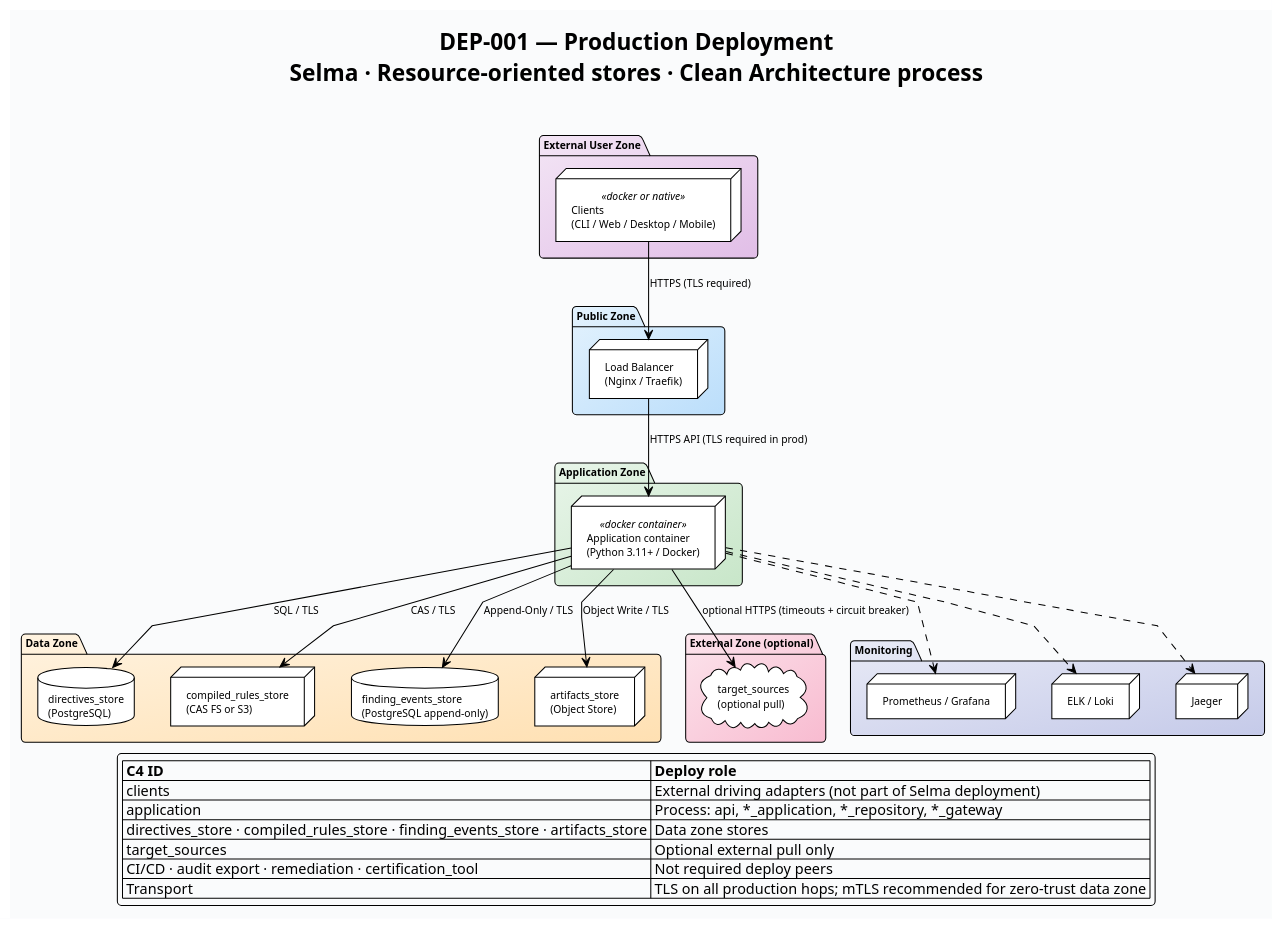
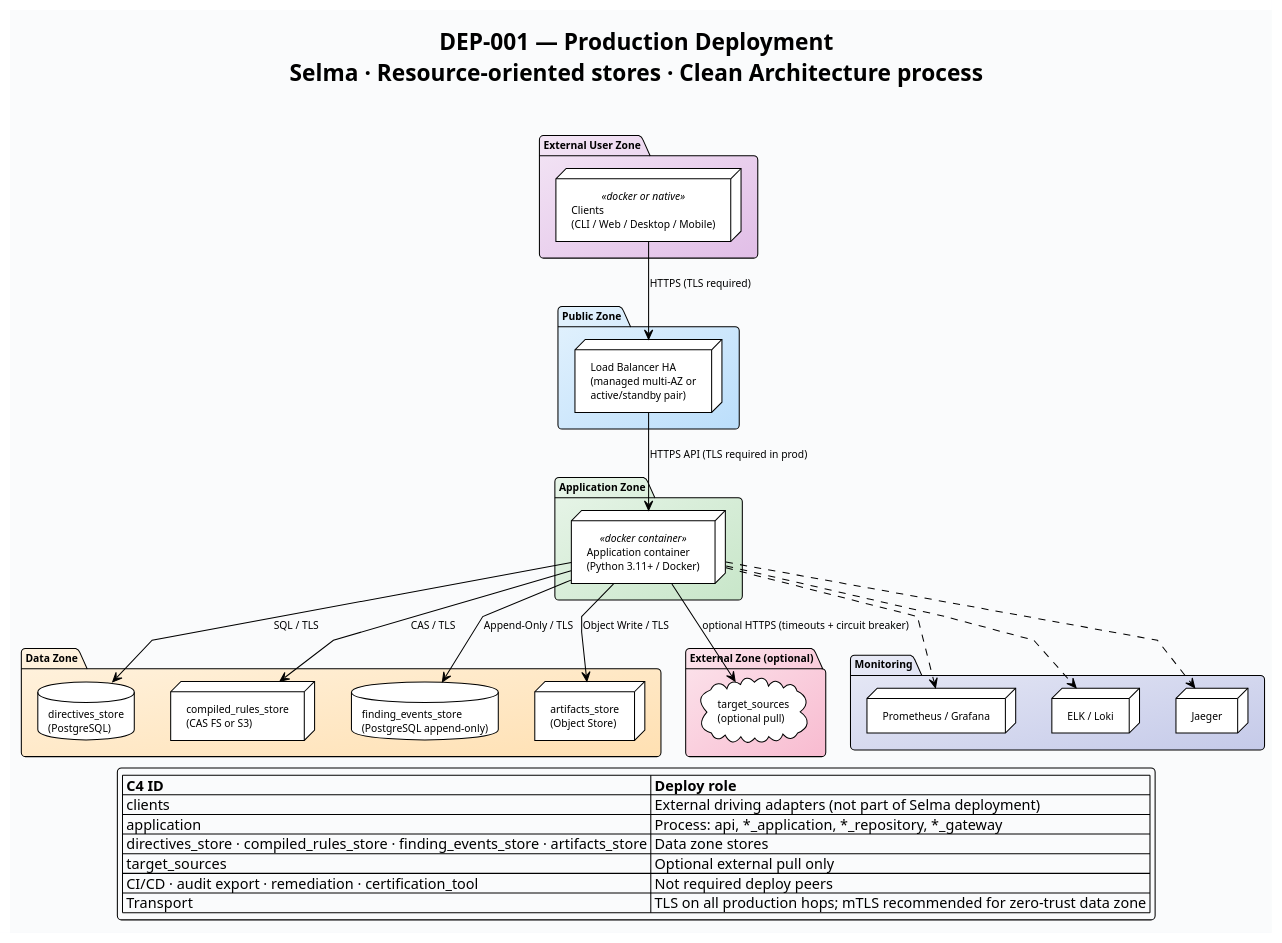
One commit to salimnamvar/selma changed the diagram in docs/deployment/dep_001_production.puml. Above: the diagram before and after it, drawn with PlantUML. The commit also changed 33 other files, not shown here.

First line of the commit message:
docs: complete architecture audit remediation across contracts and views

```diff
--- a/docs/deployment/dep_001_production.puml
+++ b/docs/deployment/dep_001_production.puml
@@ -6,64 +6,64 @@
 @startuml dep_001_production
 title **DEP-001 — Production Deployment**\nSelma · Resource-oriented stores · Clean Architecture process\n
 
 !theme plain
 skinparam linetype polyline
 skinparam defaultFontName Arial
 skinparam defaultFontSize 10
 skinparam shadowing false
 skinparam roundCorner 8
 skinparam backgroundColor #FAFBFC
 
 package "External User Zone" as USER_ZONE #F3E5F5/E1BEE7 {
     node "Clients\n(CLI / Web / Desktop / Mobile)" as CLIENTS <<docker or native>>
 }
 
 package "Public Zone" as PUBLIC_ZONE #E3F2FD/BBDEFB {
-    node "Load Balancer\n(Nginx / Traefik)" as LOAD_BALANCER
+    node "Load Balancer HA\n(managed multi-AZ or\nactive/standby pair)" as LOAD_BALANCER
 }
 
 package "Application Zone" as APP_ZONE #E8F5E9/C8E6C9 {
     node "Application container\n(Python 3.11+ / Docker)" as APP <<docker container>>
 }
 
 package "Data Zone" as DATA_ZONE #FFF3E0/FFE0B2 {
     database "directives_store\n(PostgreSQL)" as DIRECTIVES
     node "compiled_rules_store\n(CAS FS or S3)" as COMPILED
     database "finding_events_store\n(PostgreSQL append-only)" as EVENTS
     node "artifacts_store\n(Object Store)" as ARTIFACTS
 }
 
 package "External Zone (optional)" as EXT_ZONE #FCE4EC/F8BBD0 {
     cloud "target_sources\n(optional pull)" as TARGETS
 }
 
 package "Monitoring" as MON #E8EAF6/C5CAE9 {
     node "Prometheus / Grafana" as PROM
     node "ELK / Loki" as ELK
     node "Jaeger" as JAEGER
 }
 
 CLIENTS --> LOAD_BALANCER : HTTPS (TLS required)
 LOAD_BALANCER --> APP : HTTPS API (TLS required in prod)
 
 APP --> DIRECTIVES : SQL / TLS
 APP --> COMPILED : CAS / TLS
 APP --> EVENTS : Append-Only / TLS
 APP --> ARTIFACTS : Object Write / TLS
 APP --> TARGETS : optional HTTPS (timeouts + circuit breaker)
 
 APP ..> PROM
 APP ..> ELK
 APP ..> JAEGER
 
 legend bottom
   |= C4 ID |= Deploy role |
   | clients | External driving adapters (not part of Selma deployment) |
   | application | Process: api, *_application, *_repository, *_gateway |
   | directives_store · compiled_rules_store · finding_events_store · artifacts_store | Data zone stores |
   | target_sources | Optional external pull only |
   | CI/CD · audit export · remediation · certification_tool | Not required deploy peers |
   | Transport | TLS on all production hops; mTLS recommended for zero-trust data zone |
 endlegend
 
 @enduml
```
